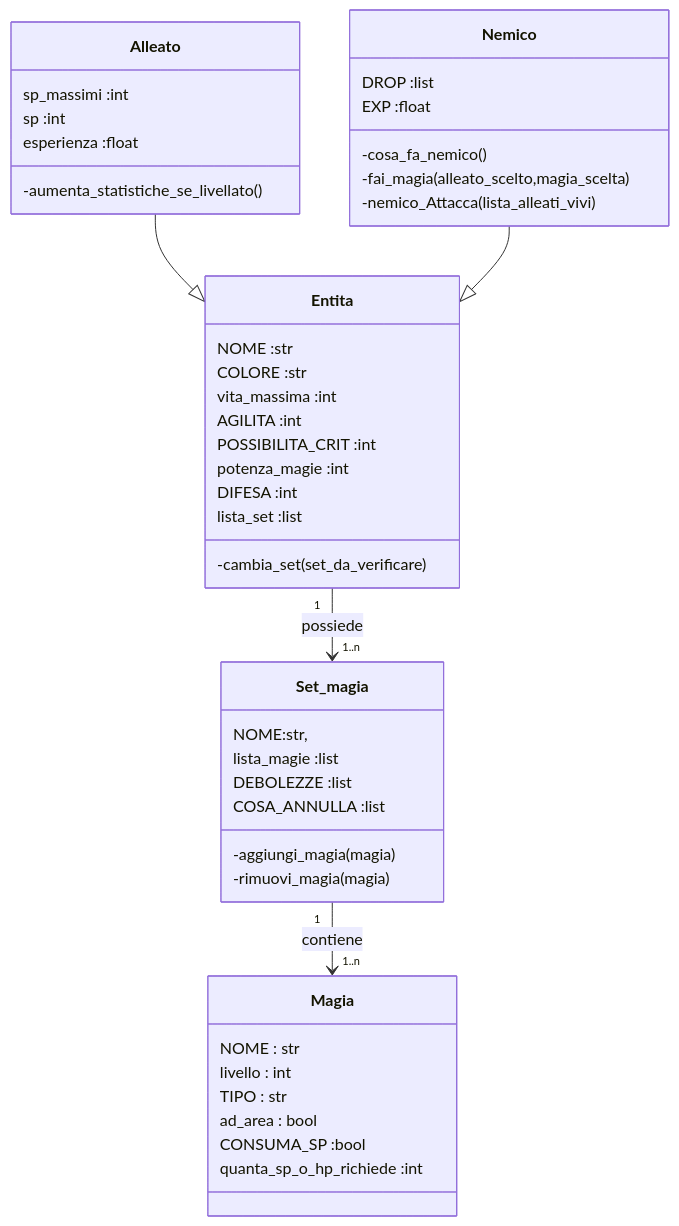
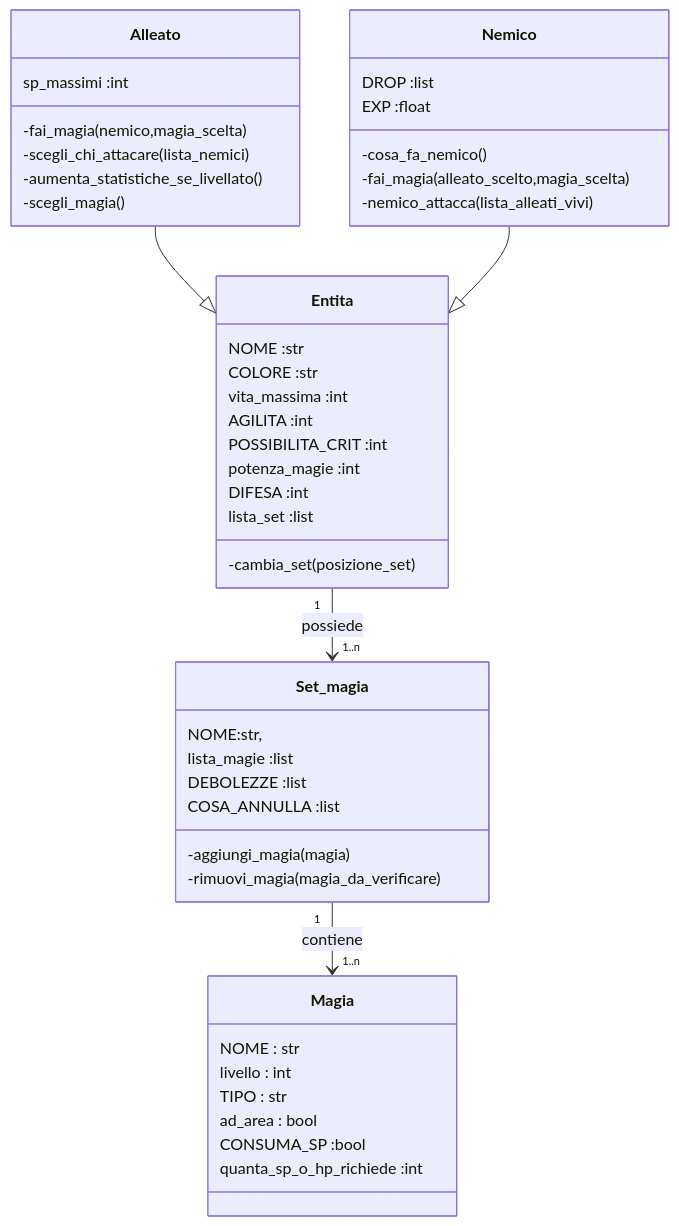
The diagram in README.md (MarcoArlotti/A_simple_JRPG_on_the_CMD_RE-COMMITTED), drawn with Mermaid before and after one commit. The commit also changed other lines of this file and 1 other file, not shown here.

````diff
--- a/README.md
+++ b/README.md
@@ -19,53 +19,54 @@
 ```mermaid
 classDiagram
 Alleato --|> Entita
 Nemico --|> Entita
 Entita "1"--> "1..n" Set_magia :possiede
 Set_magia "1" --> "1..n" Magia :contiene
 
 class Entita {
     NOME :str
     COLORE :str
     vita_massima :int
     AGILITA :int
     POSSIBILITA_CRIT :int
     potenza_magie :int
     DIFESA :int
     lista_set :list
-    -cambia_set(set_da_verificare)
+    -cambia_set(posizione_set)
 }
 
 class Alleato {
     sp_massimi :int
-    sp :int
-    esperienza :float
+    -fai_magia(nemico,magia_scelta)
+    -scegli_chi_attacare(lista_nemici)
     -aumenta_statistiche_se_livellato()
+    -scegli_magia()
 }
 
 class Nemico{
     DROP :list
     EXP :float
     -cosa_fa_nemico()
     -fai_magia(alleato_scelto,magia_scelta)
-    -nemico_Attacca(lista_alleati_vivi)
+    -nemico_attacca(lista_alleati_vivi)
 }
 
 class Set_magia {
     NOME:str,
     lista_magie :list
     DEBOLEZZE :list
     COSA_ANNULLA :list
     -aggiungi_magia(magia)
-    -rimuovi_magia(magia)
+    -rimuovi_magia(magia_da_verificare)
 }
 
 class Magia {
     NOME : str
     livello : int
     TIPO : str
     ad_area : bool
     CONSUMA_SP :bool
     quanta_sp_o_hp_richiede :int
     
 }
 ```
````
